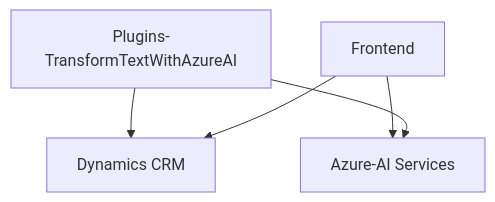
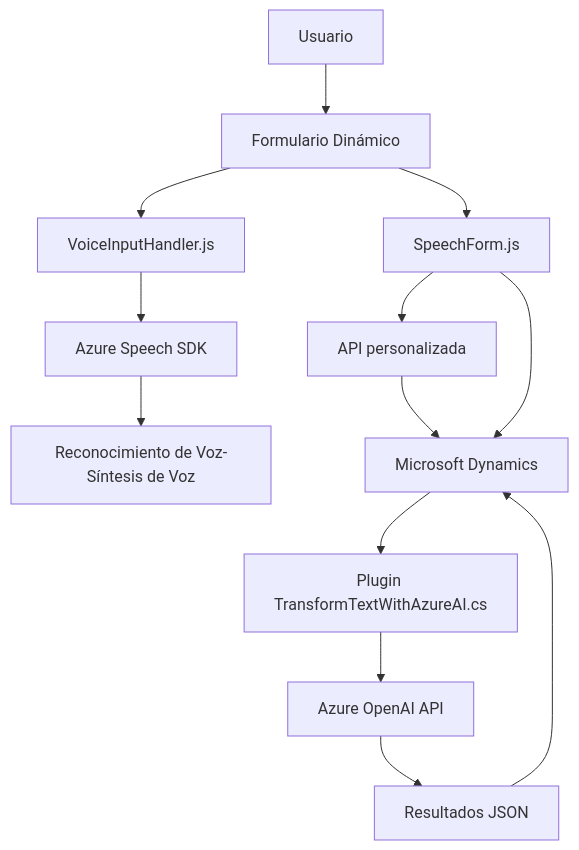
One commit to blopezdm/NETCORE_BILBAO2025 changed the diagram in README.md. Above: the diagram before and after it, drawn with Mermaid. The commit also changed other lines of this file, not shown here.

````diff
--- a/README.md
+++ b/README.md
@@ -53,12 +46,17 @@
 ```mermaid
 graph TD
-    A["Dynamics CRM"]
-    B-->A
-    B["Plugins-TransformTextWithAzureAI"]
-    C["Frontend"]
-    D["Azure-Speech-SDK"]
-    C-->D
-    C-->A
-    D["Azure-AI Services"]
-    B-->D
+    A["Usuario"] --> B["Formulario Dinámico"]
+    B --> C["VoiceInputHandler.js"]
+    C --> D["Azure Speech SDK"]
+    D --> E["Reconocimiento de Voz-Síntesis de Voz"]
+
+    B --> F["SpeechForm.js"]
+    F --> G["API personalizada"]
+    G --> H["Microsoft Dynamics"]
+    F --> H
+
+    H --> I["Plugin TransformTextWithAzureAI.cs"]
+    I --> J["Azure OpenAI API"]
+    J --> K["Resultados JSON"]
+    K --> H
 ```
````
